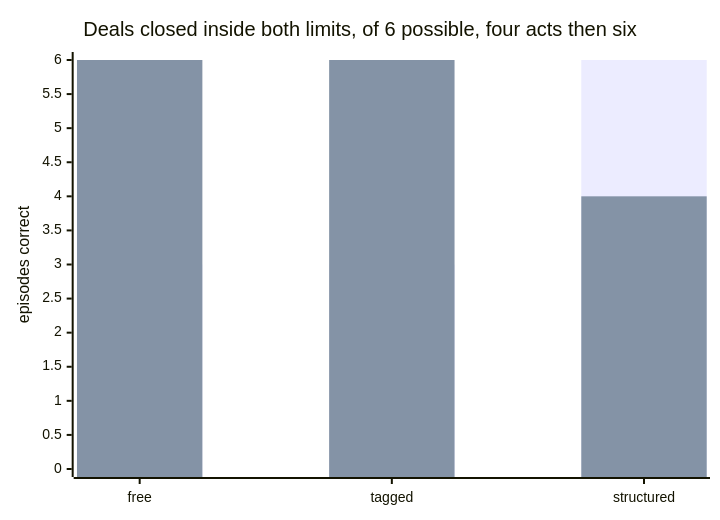
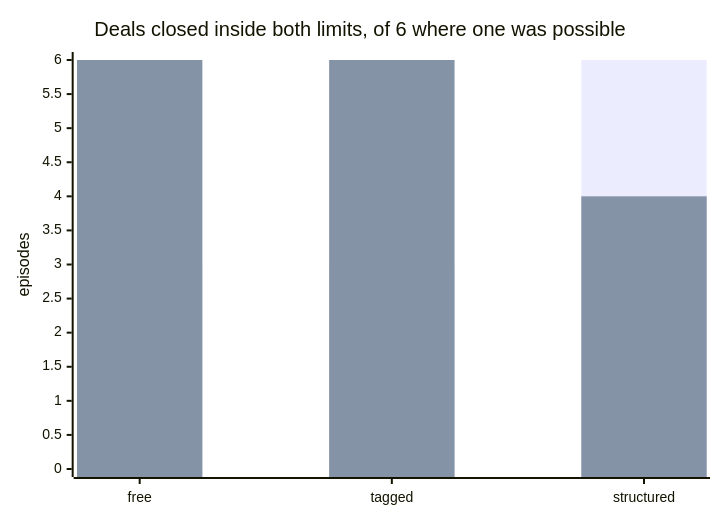
The third of 5 diagrams in submissions/26510126/week-04/REPORT.md (Q00/ai-agent-engineering-101), drawn with Mermaid before and after one commit. The commit also changed other lines of this file, not shown here.

First line of the commit message:
docs(week-04): name the chart series now that the renderer has legends

````diff
--- a/submissions/26510126/week-04/REPORT.md
+++ b/submissions/26510126/week-04/REPORT.md
@@ -646,8 +646,8 @@
 ```mermaid
-xychart-beta
-    title "Deals closed inside both limits, of 6 possible, four acts then six"
+xychart
+    title "Deals closed inside both limits, of 6 where one was possible"
     x-axis [free, tagged, structured]
-    y-axis "episodes correct" 0 --> 6
-    bar [3, 3, 6]
-    bar [6, 6, 4]
+    y-axis "episodes" 0 --> 6
+    bar "four acts" [3, 3, 6]
+    bar "six acts" [6, 6, 4]
 ```
````
